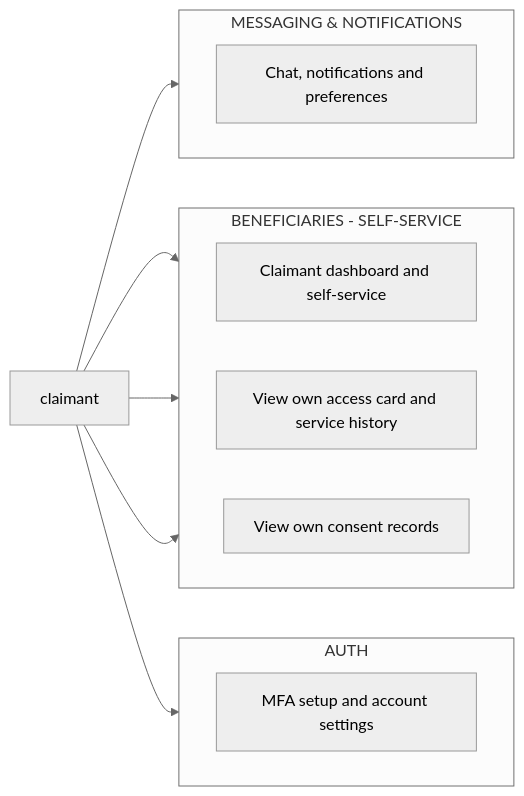
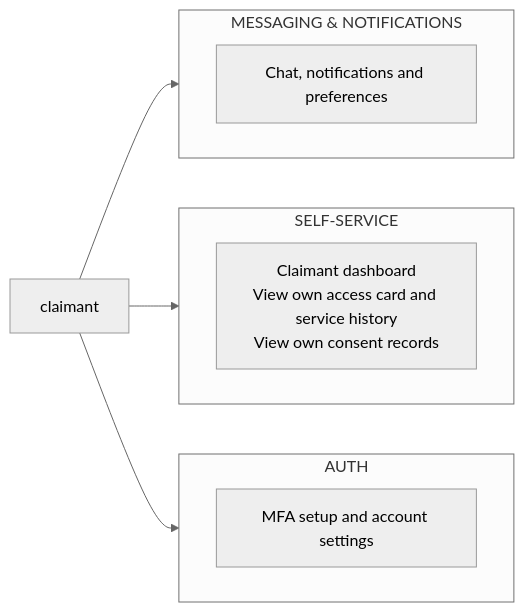
One commit to urlsalimbot/THESIS1-KAPWA changed the second of 10 diagrams in docs/diagrams/02-use-case-diagram.md. Above: the diagram before and after it, drawn with Mermaid (neutral theme). The commit also changed other lines of this file, not shown here.

Commit message:
docs: pair each role's category-grouped use case diagram with its description on one letter page

````diff
--- a/docs/diagrams/02-use-case-diagram.md
+++ b/docs/diagrams/02-use-case-diagram.md
@@ -64,27 +64,23 @@
 ```mermaid
 flowchart LR
     C["claimant"]
 
     subgraph Auth[AUTH]
         direction LR
         C1["MFA setup and account settings"]
     end
 
-    subgraph Beneficiaries[BENEFICIARIES - SELF-SERVICE]
+    subgraph SelfService[SELF-SERVICE]
         direction LR
-        C2["Claimant dashboard and self-service"]
-        C3["View own access card and service history"]
-        C4["View own consent records"]
+        C2["Claimant dashboard<br/>View own access card and service history<br/>View own consent records"]
     end
 
-    subgraph Messaging[MESSAGING & NOTIFICATIONS]
+    subgraph Comms[MESSAGING & NOTIFICATIONS]
         direction LR
-        C5["Chat, notifications and preferences"]
+        C3["Chat, notifications and preferences"]
     end
 
     C --> C1
     C --> C2
     C --> C3
-    C --> C4
-    C --> C5
 ```
````
